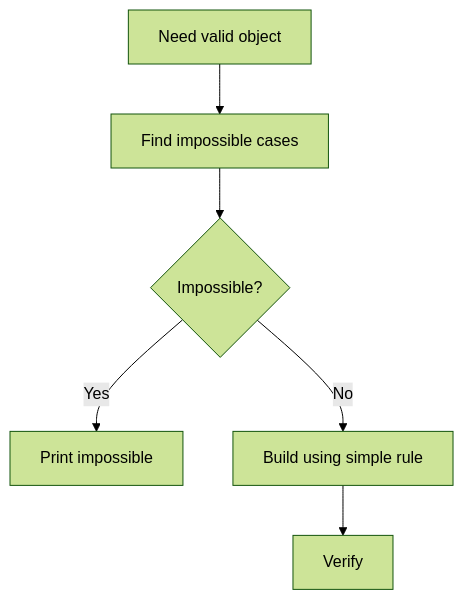
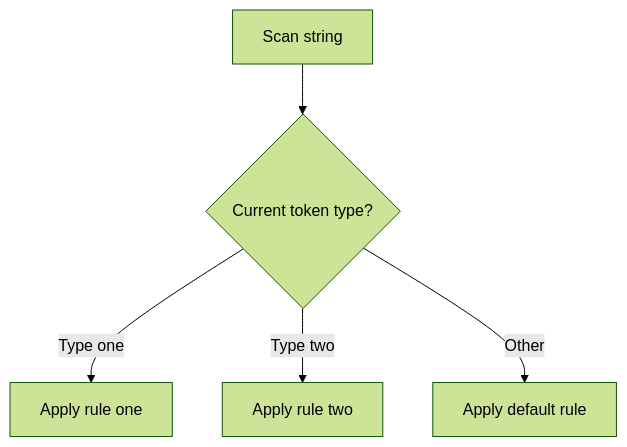
One commit to mthaiseer/springcloud-systemdesign-notes changed diagram 13 of 23 in CP_DSA_NOTES/001_TOPIC_WISE/013_ADHOC_PROBLEMS.md. Above: the diagram before and after it, drawn with Mermaid (forest theme). The commit also changed other lines of this file and 1 other file, not shown here.

````diff
--- a/CP_DSA_NOTES/001_TOPIC_WISE/013_ADHOC_PROBLEMS.md
+++ b/CP_DSA_NOTES/001_TOPIC_WISE/013_ADHOC_PROBLEMS.md
@@ -1171,8 +1022,7 @@
 ```mermaid
 flowchart TD
-    A["Need valid object"] --> B["Find impossible cases"]
-    B --> C{"Impossible?"}
-    C -->|Yes| D["Print impossible"]
-    C -->|No| E["Build using simple rule"]
-    E --> F["Verify"]
+    A["Scan string"] --> B{"Current token type?"}
+    B -->|Type one| C["Apply rule one"]
+    B -->|Type two| D["Apply rule two"]
+    B -->|Other| E["Apply default rule"]
 ```
````
